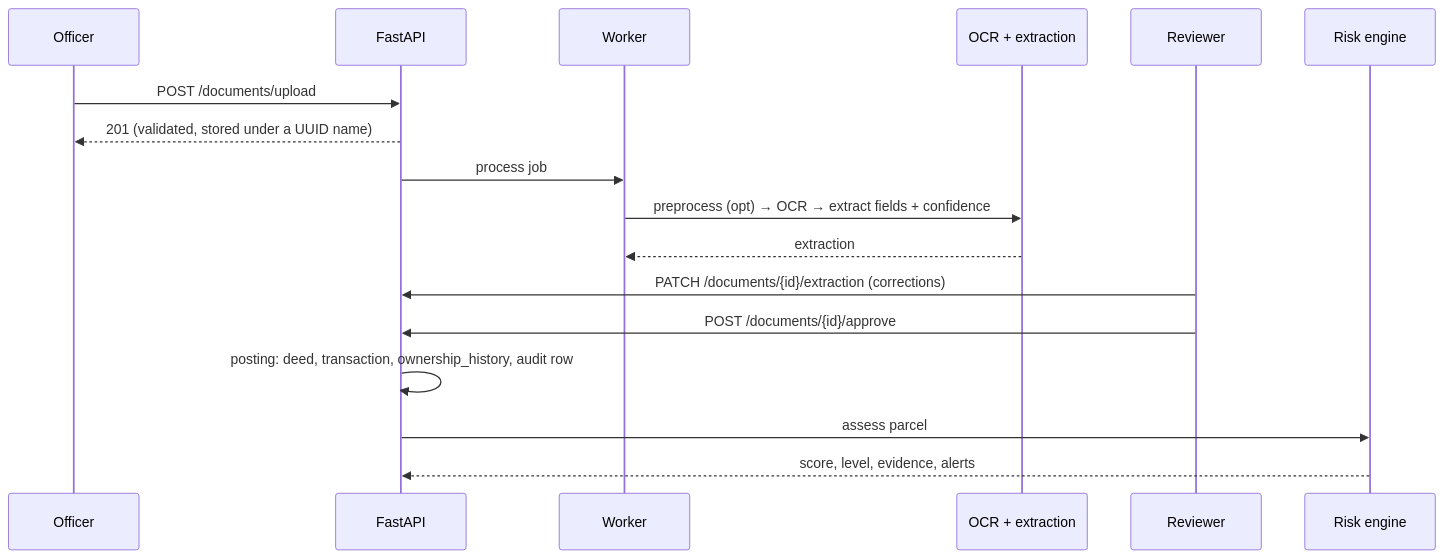
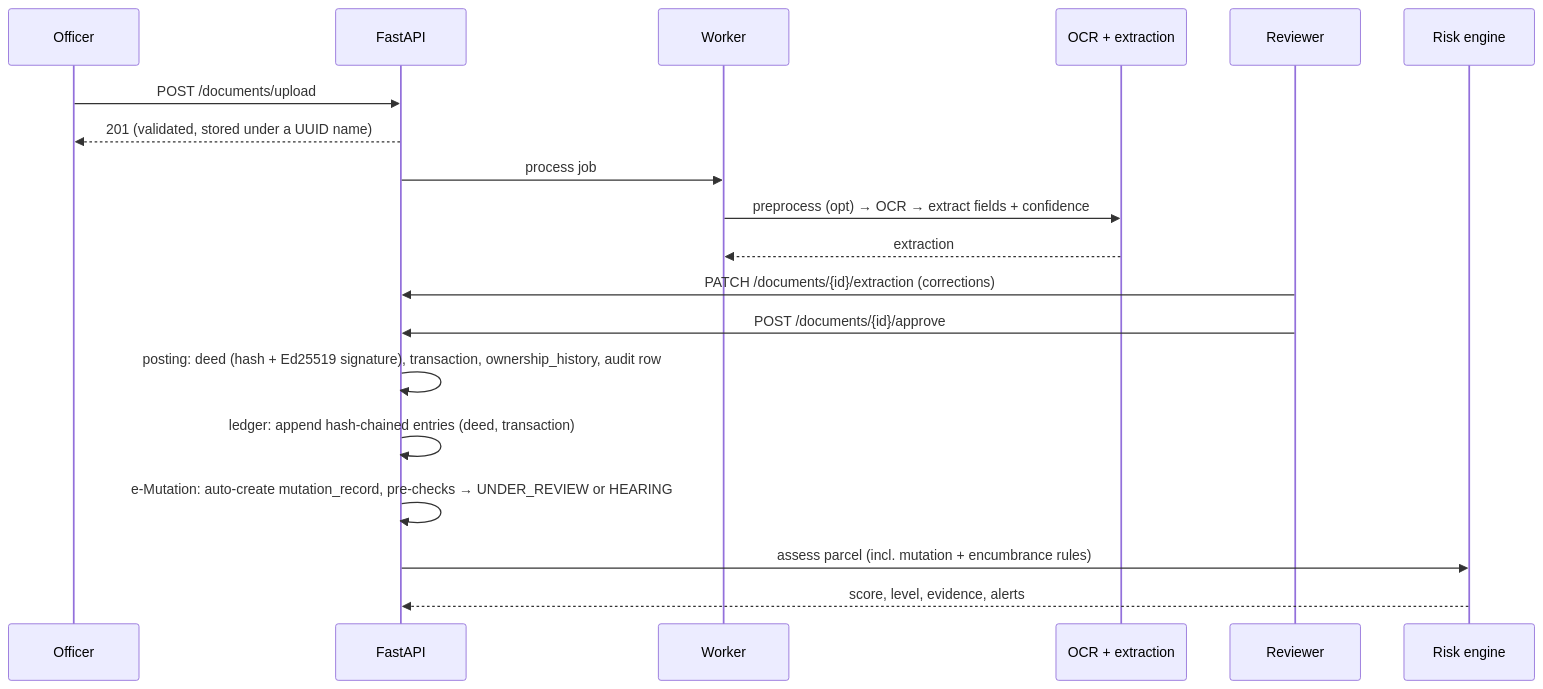
The third of 7 diagrams in docs/architecture.md (A-42-018/LandSheild-BD), drawn with Mermaid before and after one commit. The commit also changed other lines of this file and 170 other files, not shown here.

First line of the commit message:
Phases G0-Q2: e-Mutation, encumbrances, signed records, ledger, Formal Green UI, e2e

````diff
--- a/docs/architecture.md
+++ b/docs/architecture.md
@@ -36,19 +37,21 @@
 ```mermaid
 sequenceDiagram
   participant O as Officer
   participant API as FastAPI
   participant W as Worker
   participant AI as OCR + extraction
   participant RV as Reviewer
   participant RE as Risk engine
   O->>API: POST /documents/upload
   API-->>O: 201 (validated, stored under a UUID name)
   API->>W: process job
   W->>AI: preprocess (opt) → OCR → extract fields + confidence
   AI-->>W: extraction
   RV->>API: PATCH /documents/{id}/extraction (corrections)
   RV->>API: POST /documents/{id}/approve
-  API->>API: posting: deed, transaction, ownership_history, audit row
-  API->>RE: assess parcel
+  API->>API: posting: deed (hash + Ed25519 signature), transaction, ownership_history, audit row
+  API->>API: ledger: append hash-chained entries (deed, transaction)
+  API->>API: e-Mutation: auto-create mutation_record, pre-checks → UNDER_REVIEW or HEARING
+  API->>RE: assess parcel (incl. mutation + encumbrance rules)
   RE-->>API: score, level, evidence, alerts
 ```
````
